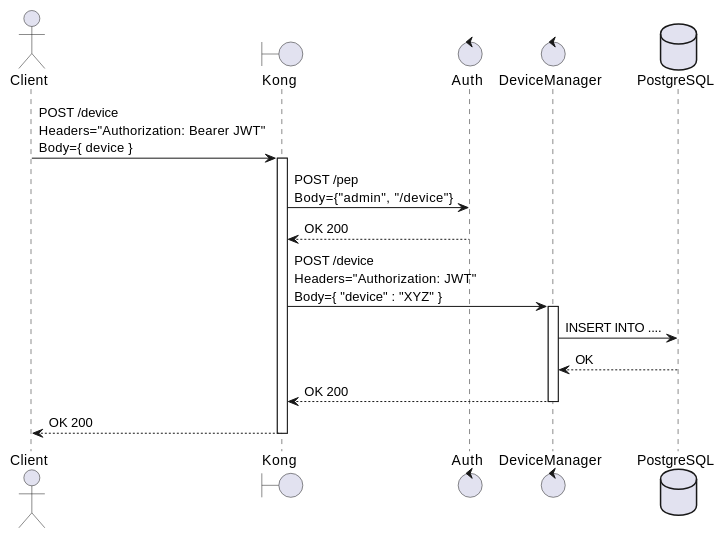
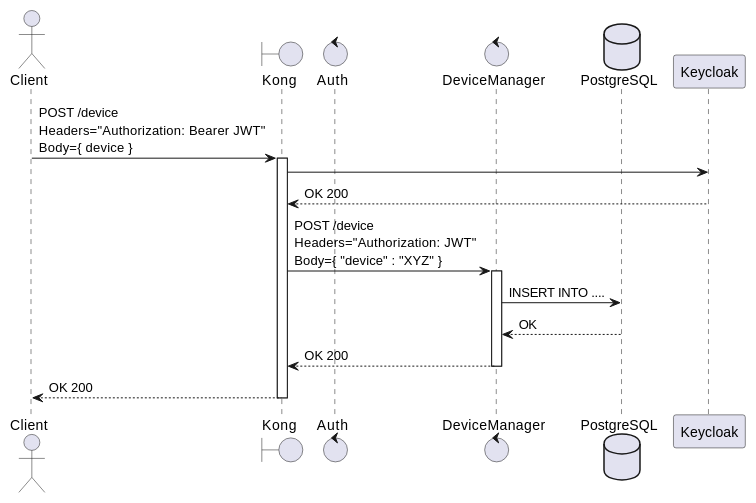
The second of 7 diagrams in source/internal-communication.rst (dojot/docs), drawn with PlantUML before and after one commit. The commit also changed other lines of this file and 24 other files, not shown here.

```diff
--- a/source/internal-communication.rst
+++ b/source/internal-communication.rst
@@ -124,22 +99,22 @@
 .. uml::
    :caption: Sending messages to HTTP API
    :align: center
 
    actor Client
    boundary Kong
    control Auth
    control DeviceManager
    database PostgreSQL
 
    Client -> Kong: POST /device \nHeaders="Authorization: Bearer JWT"\nBody={ device }
    activate Kong
-   Kong -> Auth: POST /pep \nBody={"admin", "/device"}
-   Auth --> Kong: OK 200
+   Kong -> Keycloak
+   Keycloak --> Kong: OK 200
    Kong -> DeviceManager: POST /device \nHeaders="Authorization: JWT" \nBody={ "device" : "XYZ" }
    activate DeviceManager
    DeviceManager -> PostgreSQL: INSERT INTO ....
    PostgreSQL --> DeviceManager: OK
    DeviceManager --> Kong: OK 200
    deactivate DeviceManager
    Kong --> Client: OK 200
    deactivate Kong
```
